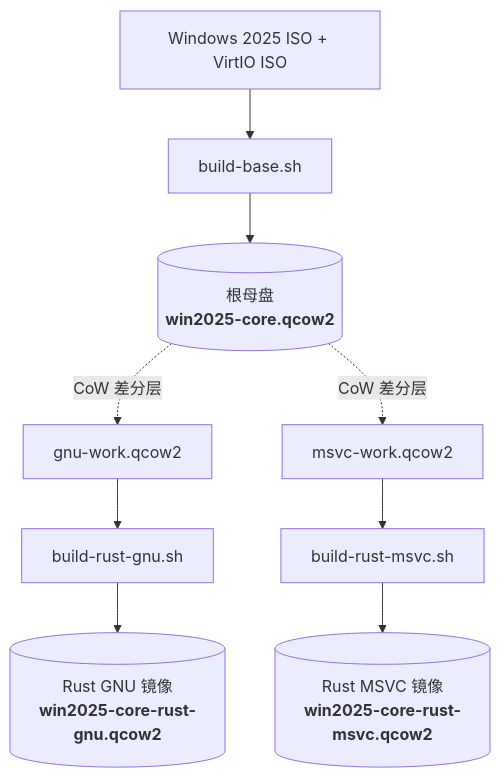
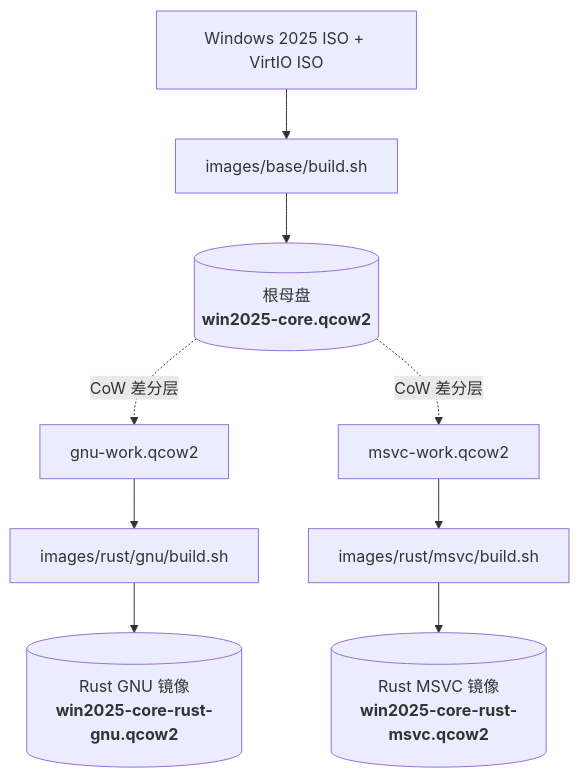
Before and after one commit to shaogme/img-builder: the diagram in README.md, drawn with Mermaid. The commit also changed other lines of this file and 16 other files, not shown here.

````diff
--- a/README.md
+++ b/README.md
@@ -11,14 +11,14 @@
 ```mermaid
 graph TD
-    ISO["Windows 2025 ISO + VirtIO ISO"] --> BUILD_BASE["build-base.sh"]
+    ISO["Windows 2025 ISO + VirtIO ISO"] --> BUILD_BASE["images/base/build.sh"]
     BUILD_BASE --> BASE[("根母盘<br/><b>win2025-core.qcow2</b>")]
     
     BASE -. "CoW 差分层" .-> COW_GNU["gnu-work.qcow2"]
     BASE -. "CoW 差分层" .-> COW_MSVC["msvc-work.qcow2"]
     
-    COW_GNU --> BUILD_GNU["build-rust-gnu.sh"]
+    COW_GNU --> BUILD_GNU["images/rust/gnu/build.sh"]
     BUILD_GNU --> FINAL_GNU[("Rust GNU 镜像<br/><b>win2025-core-rust-gnu.qcow2</b>")]
     
-    COW_MSVC --> BUILD_MSVC["build-rust-msvc.sh"]
+    COW_MSVC --> BUILD_MSVC["images/rust/msvc/build.sh"]
     BUILD_MSVC --> FINAL_MSVC[("Rust MSVC 镜像<br/><b>win2025-core-rust-msvc.qcow2</b>")]
 ```
````
